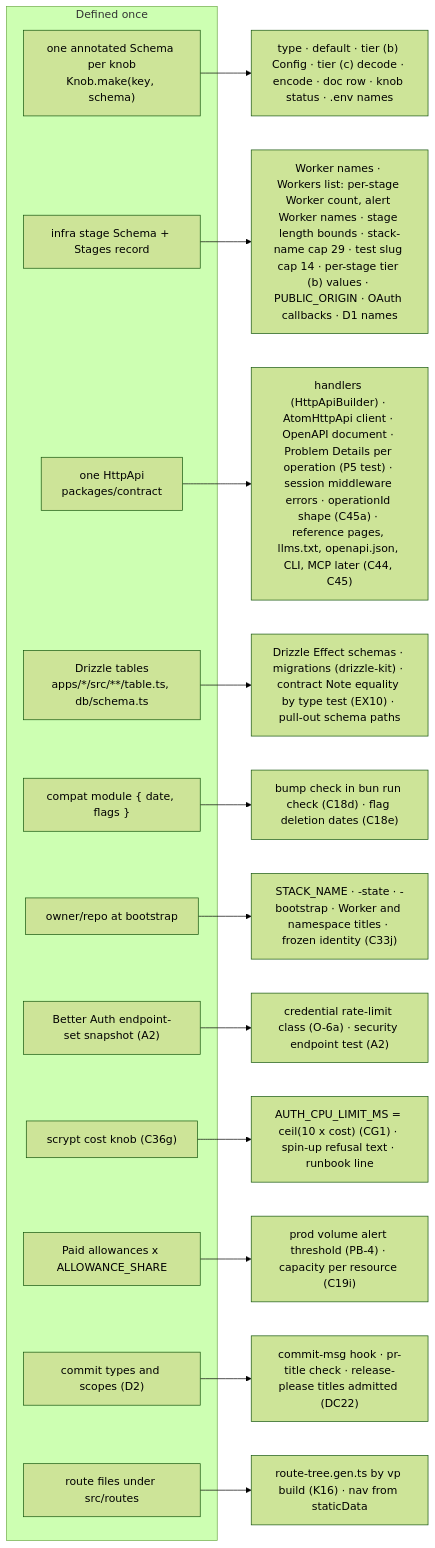
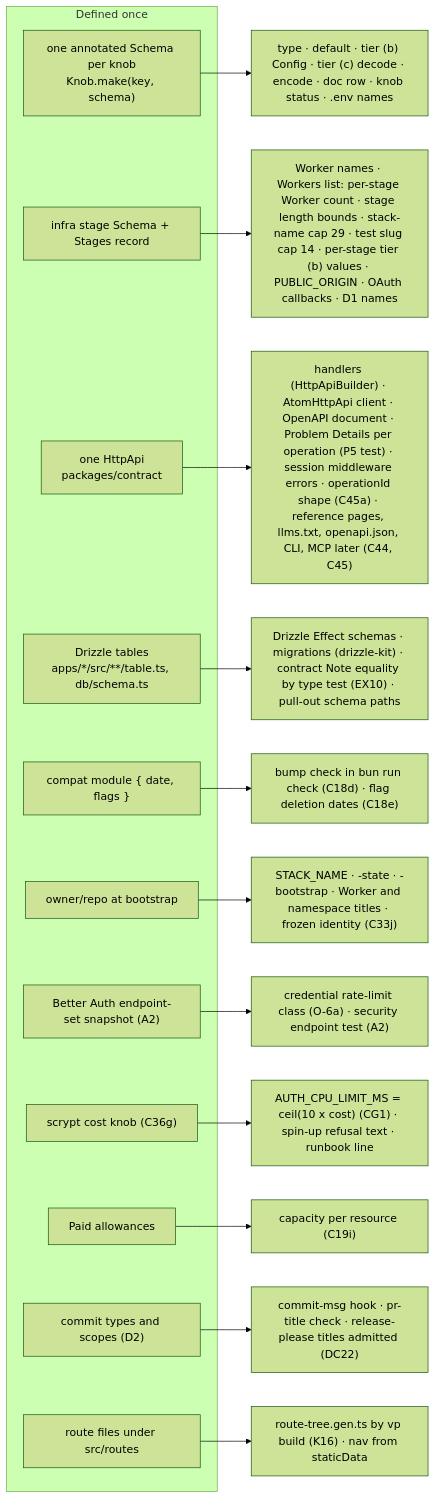
The fifth of 7 diagrams in docs/architecture.md (aidenzepp/cf-template), drawn with Mermaid (forest theme) before and after one commit. The commit also changed other lines of this file and 47 other files, not shown here.

````diff
--- a/docs/architecture.md
+++ b/docs/architecture.md
@@ -381,27 +381,27 @@
 ```mermaid
 flowchart LR
   subgraph once["Defined once"]
     knob["one annotated Schema per knob<br/>Knob.make(key, schema)"]
     stage["infra stage Schema + Stages record"]
     api["one HttpApi<br/>packages/contract"]
     tables["Drizzle tables<br/>apps/*/src/**/table.ts, db/schema.ts"]
     compat["compat module { date, flags }"]
     repo["owner/repo at bootstrap"]
     endpoints["Better Auth endpoint-set snapshot (A2)"]
     hash["scrypt cost knob (C36g)"]
-    allow["Paid allowances x ALLOWANCE_SHARE"]
+    allow["Paid allowances"]
     conv["commit types and scopes (D2)"]
     routes["route files under src/routes"]
   end
   knob --> kt["type · default · tier (b) Config · tier (c) decode · encode · doc row · knob status · .env names"]
-  stage --> st["Worker names · Workers list: per-stage Worker count, alert Worker names · stage length bounds · stack-name cap 29 · test slug cap 14 · per-stage tier (b) values · PUBLIC_ORIGIN · OAuth callbacks · D1 names"]
+  stage --> st["Worker names · Workers list: per-stage Worker count · stage length bounds · stack-name cap 29 · test slug cap 14 · per-stage tier (b) values · PUBLIC_ORIGIN · OAuth callbacks · D1 names"]
     api --> at["handlers (HttpApiBuilder) · AtomHttpApi client · OpenAPI document · Problem Details per operation (P5 test) · session middleware errors · operationId shape (C45a) · reference pages, llms.txt, openapi.json, CLI, MCP later (C44, C45)"]
   tables --> tt["Drizzle Effect schemas · migrations (drizzle-kit) · contract Note equality by type test (EX10) · pull-out schema paths"]
   compat --> ct["bump check in bun run check (C18d) · flag deletion dates (C18e)"]
   repo --> rt["STACK_NAME · <stack>-state · <stack>-bootstrap · Worker and namespace titles · frozen identity (C33j)"]
   endpoints --> et["credential rate-limit class (O-6a) · security endpoint test (A2)"]
   hash --> ht["AUTH_CPU_LIMIT_MS = ceil(10 x cost) (CG1) · spin-up refusal text · runbook line"]
-  allow --> alt["prod volume alert threshold (PB-4) · capacity per resource (C19i)"]
+  allow --> alt["capacity per resource (C19i)"]
   conv --> cvt["commit-msg hook · pr-title check · release-please titles admitted (DC22)"]
   routes --> rtt["route-tree.gen.ts by vp build (K16) · nav from staticData"]
 ```
````
